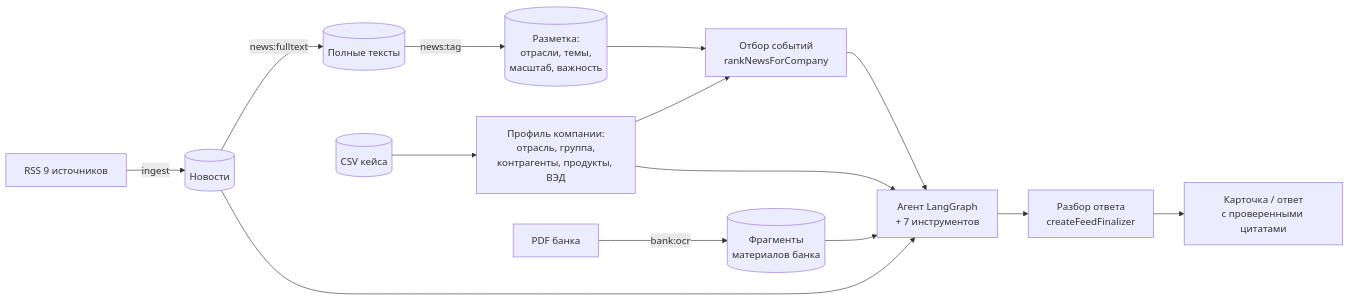
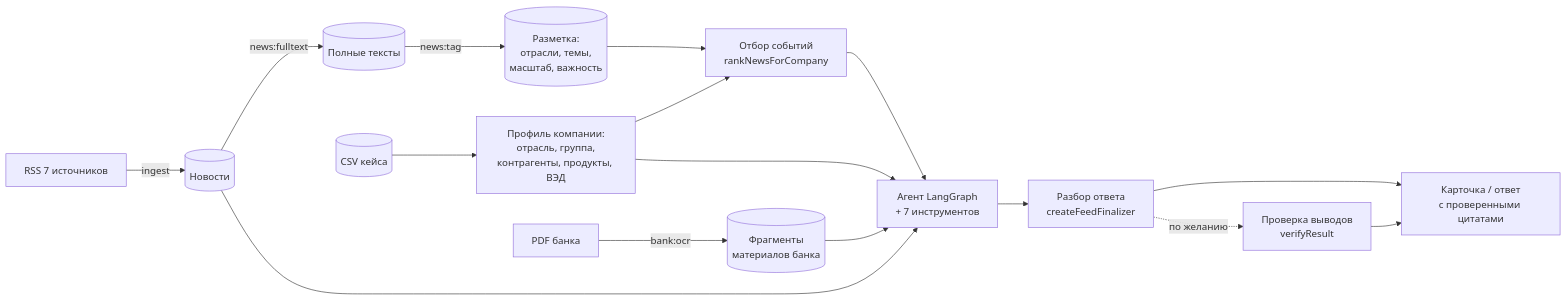
Before and after one commit to al5-alfa-hackaton/alfa-hack-2026: the diagram in packages/agent/README.md, drawn with Mermaid. The commit also changed other lines of this file and 7 other files, not shown here.

````diff
--- a/packages/agent/README.md
+++ b/packages/agent/README.md
@@ -20,13 +20,14 @@
 ```mermaid
 flowchart LR
     csv[(CSV кейса)] --> profile[Профиль компании:<br/>отрасль, группа,<br/>контрагенты, продукты, ВЭД]
-    rss[RSS 9 источников] -- ingest --> news[(Новости)]
+    rss[RSS 7 источников] -- ingest --> news[(Новости)]
     news -- news:fulltext --> full[(Полные тексты)]
     full -- news:tag --> tags[(Разметка:<br/>отрасли, темы,<br/>масштаб, важность)]
     pdf[PDF банка] -- bank:ocr --> bank[(Фрагменты<br/>материалов банка)]
     tags & profile --> rank[Отбор событий<br/>rankNewsForCompany]
     rank --> agent[Агент LangGraph<br/>+ 7 инструментов]
     profile & bank & news --> agent
     agent --> parse[Разбор ответа<br/>createFeedFinalizer]
-    parse --> card[Карточка / ответ<br/>с проверенными цитатами]
+    parse -. по желанию .-> verify[Проверка выводов<br/>verifyResult]
+    parse & verify --> card[Карточка / ответ<br/>с проверенными цитатами]
 ```
````
